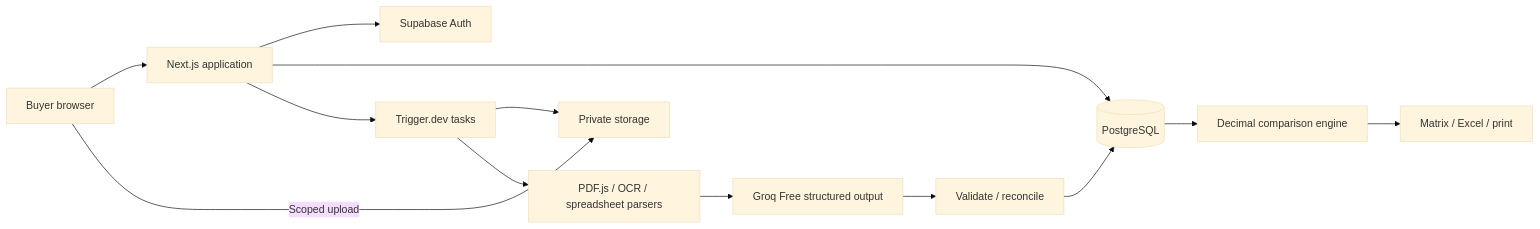
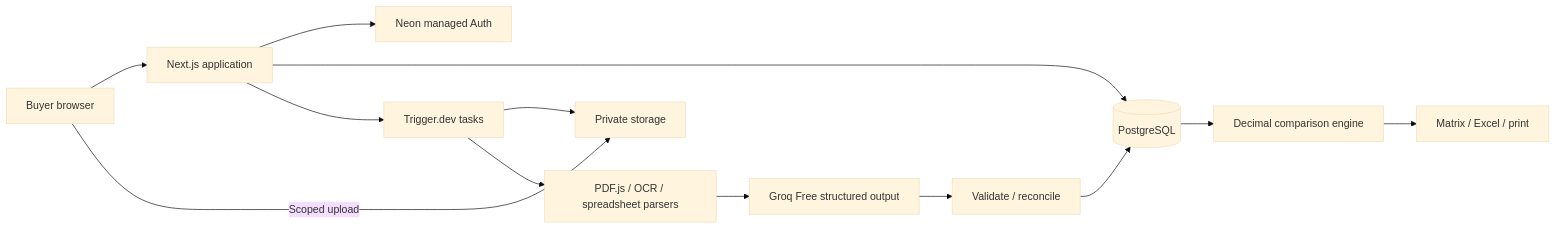
One commit to Chi944/fieldops changed the diagram in docs/implementation-plan.md. Above: the diagram before and after it, drawn with Mermaid (base theme). The commit also changed other lines of this file and 104 other files, not shown here.

````diff
--- a/docs/implementation-plan.md
+++ b/docs/implementation-plan.md
@@ -9,15 +11,15 @@
 ```mermaid
 flowchart LR
  B[Buyer browser] --> W[Next.js application]
  B -->|Scoped upload| S[Private storage]
- W --> A[Supabase Auth]
+ W --> A[Neon managed Auth]
  W --> D[(PostgreSQL)]
  W --> T[Trigger.dev tasks]
  T --> S
  T --> P[PDF.js / OCR / spreadsheet parsers]
  P --> M[Groq Free structured output]
  M --> V[Validate / reconcile]
  V --> D
  D --> C[Decimal comparison engine]
  C --> R[Matrix / Excel / print]
 ```
````
